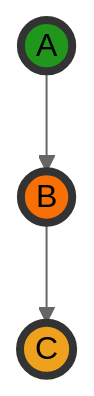
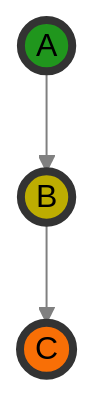
Before and after one commit to OmenApps/django-directed: the seventh of 17 diagrams in docs/terminology.md, drawn with Mermaid (neutral theme). The commit also changed other lines of this file, not shown here.

First line of the commit message:
Improved appearance of graphs

````diff
--- a/docs/terminology.md
+++ b/docs/terminology.md
@@ -97,13 +127,15 @@
 ```{mermaid}
 graph TD;
     A((A));
     B((B));
     C((C));
     
     A-->B;
     B-->C;
 
     style A fill:#20961d,stroke:#333,stroke-width:4px;
-    style B fill:#f86f06,stroke:#333,stroke-width:4px;
-    style C fill:#eea11c,stroke:#333,stroke-width:4px;
+    style B fill:#bdad01,stroke:#333,stroke-width:4px;
+    style C fill:#f86f06,stroke:#333,stroke-width:4px;
+
+    linkStyle default fill:none,stroke:gray
 ```
````
